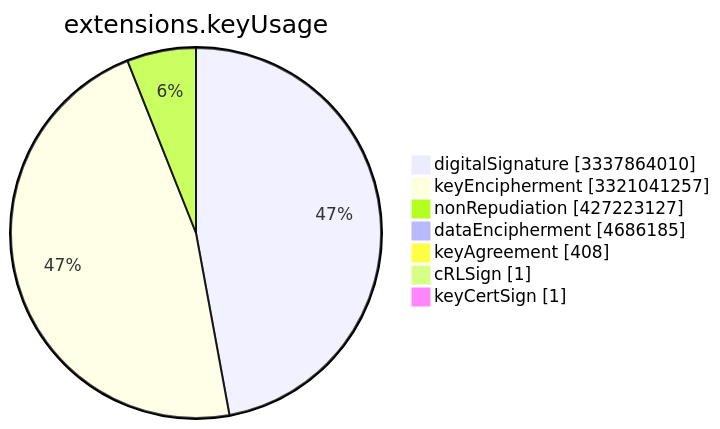
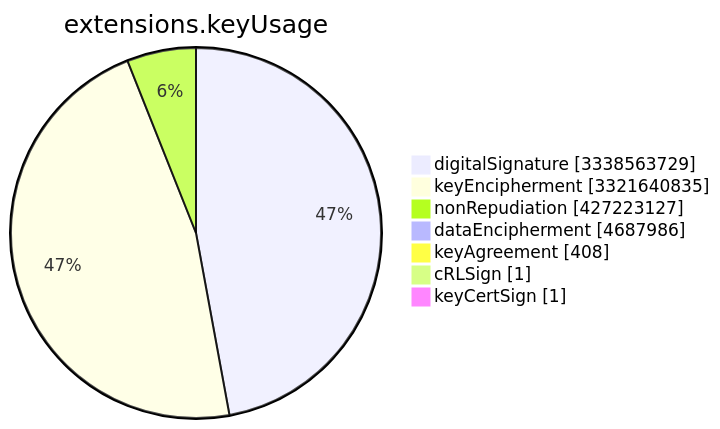
One commit to christiankrug/ctmonitor_visualization changed the sixth of 15 diagrams in TOTAL/README.md. Above: the diagram before and after it, drawn with Mermaid. The commit also changed other lines of this file, not shown here.

````diff
--- a/TOTAL/README.md
+++ b/TOTAL/README.md
@@ -3078,11 +3078,11 @@
 ```mermaid
 pie showData
 title extensions.keyUsage
-"digitalSignature" :3337864010
-"keyEncipherment" :3321041257
+"digitalSignature" :3338563729
+"keyEncipherment" :3321640835
 "nonRepudiation" :427223127
-"dataEncipherment" :4686185
+"dataEncipherment" :4687986
 "keyAgreement" :408
 "cRLSign" :1
 "keyCertSign" :1
 ```
````
